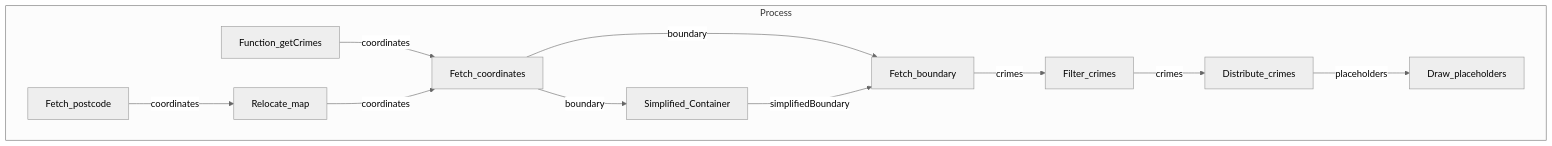
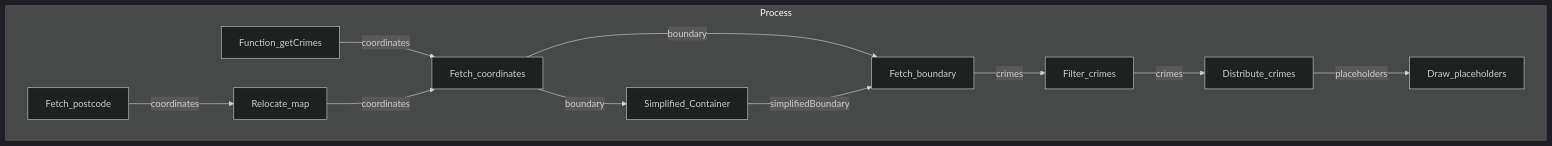
One commit to FAC29A/Alex-Esti-Project changed the diagram in README.md. Above: the diagram before and after it, drawn with Mermaid.

````diff
--- a/README.md
+++ b/README.md
@@ -33,15 +33,15 @@
 ```mermaid
-%%{init: {'theme':'neutral'}}%%
+%%{init: {'theme':'dark'}}%%
 graph TD
     subgraph Process
         Function_getCrimes-->|coordinates|Fetch_coordinates;
         Fetch_coordinates-->|boundary|Fetch_boundary;
         Fetch_boundary-->|crimes|Filter_crimes;
         Filter_crimes-->|crimes|Distribute_crimes;
         Distribute_crimes-->|placeholders|Draw_placeholders;
         Fetch_coordinates-->|boundary|Simplified_Container;
         Simplified_Container-->|simplifiedBoundary|Fetch_boundary;
         Fetch_postcode-->|coordinates|Relocate_map;
         Relocate_map-->|coordinates|Fetch_coordinates;
     end
 ```
````
